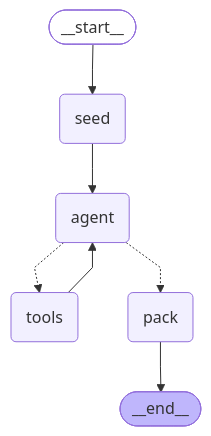
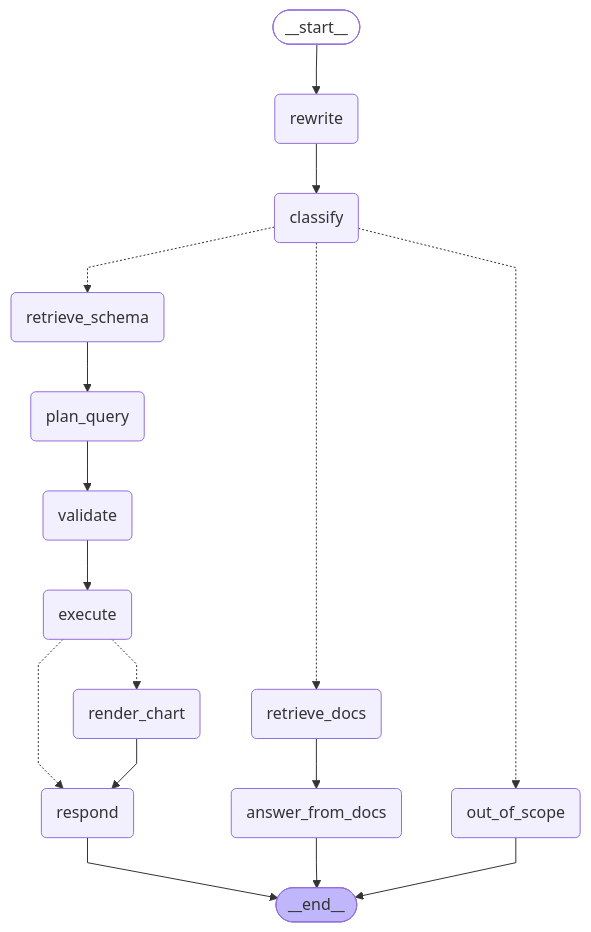
The diagram in dong/graph.mmd (TienDungwork/agent-harness), drawn with Mermaid before and after one commit. The commit also changed 114 other files, not shown here.

```diff
--- a/dong/graph.mmd
+++ b/dong/graph.mmd
@@ -1,21 +1,37 @@
 ---
 config:
   flowchart:
     curve: linear
 ---
 graph TD;
 	__start__([<p>__start__</p>]):::first
-	seed(seed)
-	agent(agent)
-	tools(tools)
-	pack(pack)
+	rewrite(rewrite)
+	classify(classify)
+	retrieve_schema(retrieve_schema)
+	plan_query(plan_query)
+	validate(validate)
+	execute(execute)
+	render_chart(render_chart)
+	respond(respond)
+	retrieve_docs(retrieve_docs)
+	answer_from_docs(answer_from_docs)
+	out_of_scope(out_of_scope)
 	__end__([<p>__end__</p>]):::last
-	__start__ --> seed;
-	agent -.-> pack;
-	agent -.-> tools;
-	seed --> agent;
-	tools --> agent;
-	pack --> __end__;
+	__start__ --> rewrite;
+	rewrite --> classify;
+	classify -.-> retrieve_schema;
+	classify -.-> retrieve_docs;
+	classify -.-> out_of_scope;
+	retrieve_schema --> plan_query;
+	plan_query --> validate;
+	validate --> execute;
+	execute -.-> render_chart;
+	execute -.-> respond;
+	render_chart --> respond;
+	respond --> __end__;
+	retrieve_docs --> answer_from_docs;
+	answer_from_docs --> __end__;
+	out_of_scope --> __end__;
 	classDef default fill:#f2f0ff,line-height:1.2
 	classDef first fill-opacity:0
 	classDef last fill:#bfb6fc
```
